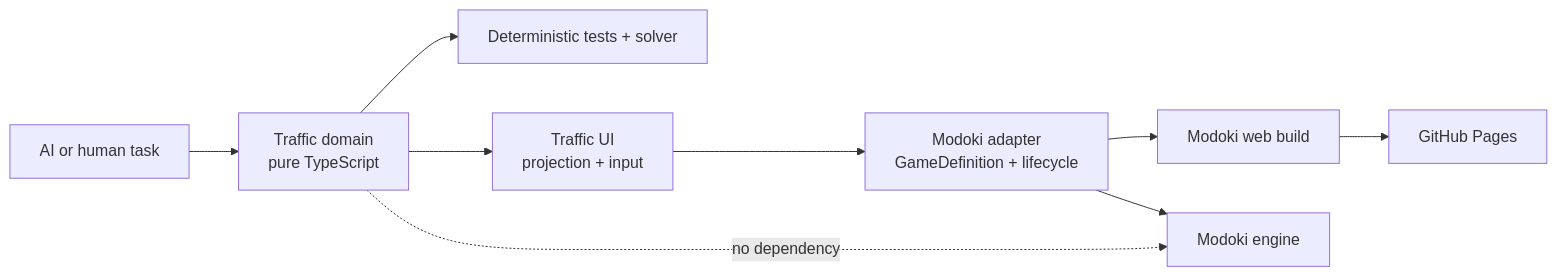
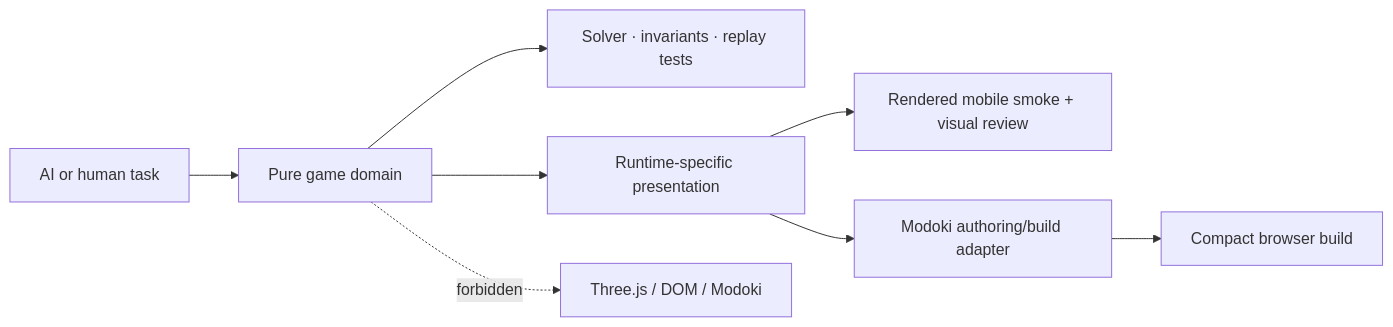
Before and after one commit to T-Damer/slop: the diagram in architecture/target.mmd, drawn with Mermaid. The commit also changed 29 other files, not shown here.

```diff
--- a/architecture/target.mmd
+++ b/architecture/target.mmd
@@ -1,10 +1,9 @@
 flowchart LR
-    Prompt[AI or human task] --> Domain[Traffic domain\npure TypeScript]
-    Domain --> Tests[Deterministic tests + solver]
-    Domain --> UI[Traffic UI\nprojection + input]
-    UI --> Adapter[Modoki adapter\nGameDefinition + lifecycle]
-    Adapter --> Build[Modoki web build]
-    Build --> Pages[GitHub Pages]
+    Prompt[AI or human task] --> Domain[Pure game domain]
+    Domain --> Tests[Solver · invariants · replay tests]
+    Domain --> Presentation[Runtime-specific presentation]
+    Presentation --> Validation[Rendered mobile smoke + visual review]
+    Presentation --> Modoki[Modoki authoring/build adapter]
+    Modoki --> Pages[Compact browser build]
 
-    Domain -. no dependency .-> Modoki[Modoki engine]
-    Adapter --> Modoki
+    Domain -. forbidden .-> Three[Three.js / DOM / Modoki]
```
